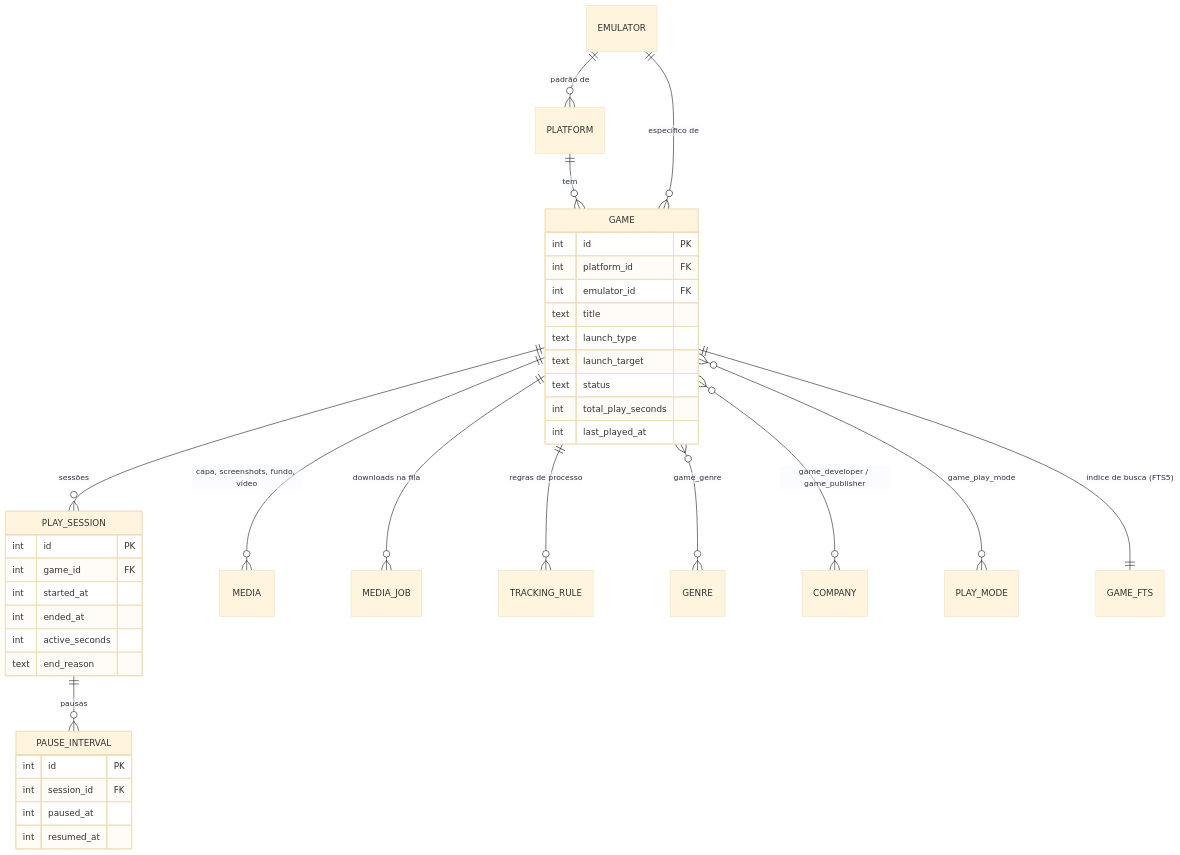
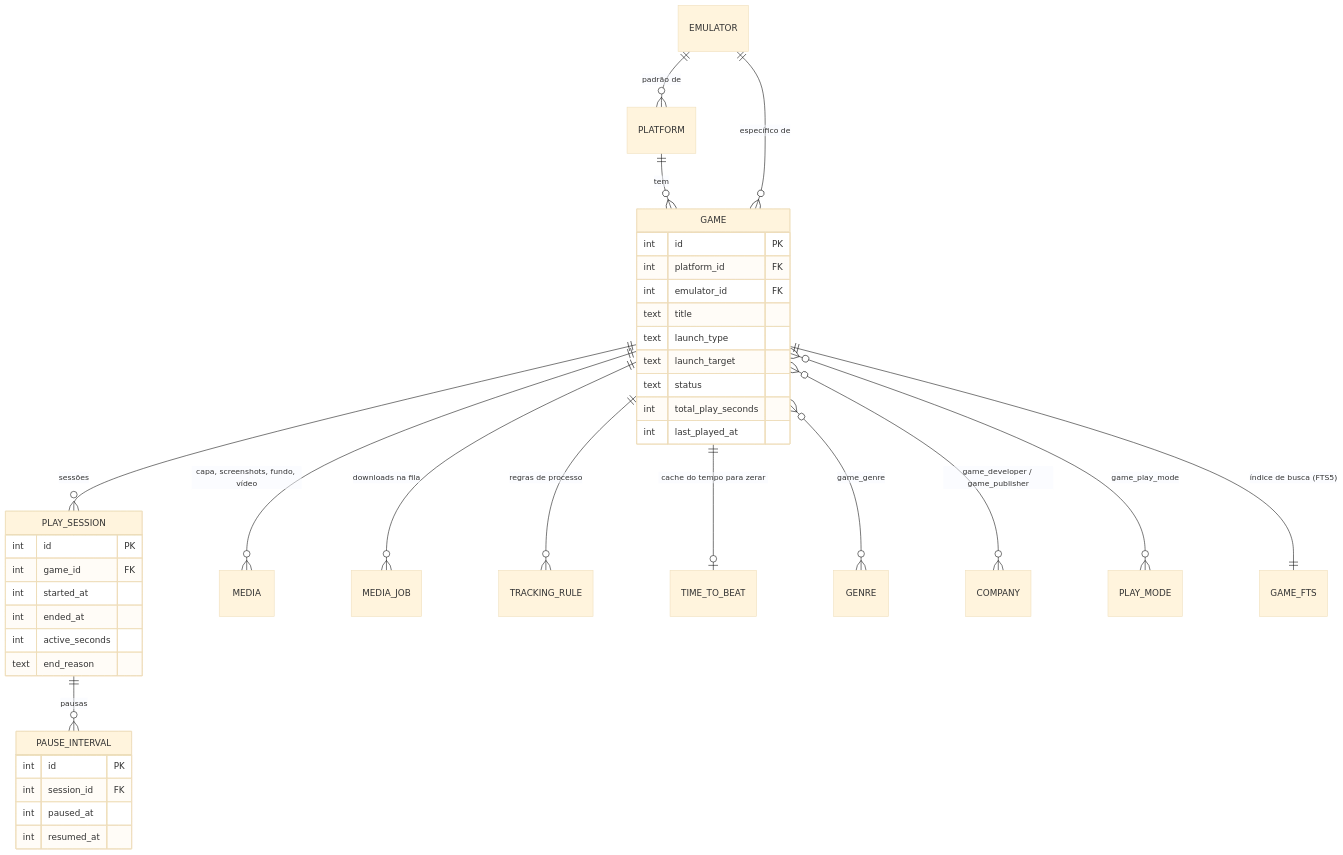
One commit to angelo848/arcadia changed the ninth of 9 diagrams in docs/GUIA-DO-PROJETO.md. Above: the diagram before and after it, drawn with Mermaid (base theme). The commit also changed other lines of this file and 4 other files, not shown here.

````diff
--- a/docs/GUIA-DO-PROJETO.md
+++ b/docs/GUIA-DO-PROJETO.md
@@ -703,41 +761,42 @@
 ```mermaid
 erDiagram
     PLATFORM ||--o{ GAME : "tem"
     EMULATOR ||--o{ PLATFORM : "padrão de"
     EMULATOR ||--o{ GAME : "específico de"
     GAME ||--o{ PLAY_SESSION : "sessões"
     PLAY_SESSION ||--o{ PAUSE_INTERVAL : "pausas"
     GAME ||--o{ MEDIA : "capa, screenshots, fundo, vídeo"
     GAME ||--o{ MEDIA_JOB : "downloads na fila"
     GAME ||--o{ TRACKING_RULE : "regras de processo"
+    GAME ||--o| TIME_TO_BEAT : "cache do tempo para zerar"
     GAME }o--o{ GENRE : "game_genre"
     GAME }o--o{ COMPANY : "game_developer / game_publisher"
     GAME }o--o{ PLAY_MODE : "game_play_mode"
     GAME ||--|| GAME_FTS : "índice de busca (FTS5)"
 
     GAME {
         int id PK
         int platform_id FK
         int emulator_id FK
         text title
         text launch_type
         text launch_target
         text status
         int total_play_seconds
         int last_played_at
     }
     PLAY_SESSION {
         int id PK
         int game_id FK
         int started_at
         int ended_at
         int active_seconds
         text end_reason
     }
     PAUSE_INTERVAL {
         int id PK
         int session_id FK
         int paused_at
         int resumed_at
     }
 ```
````
